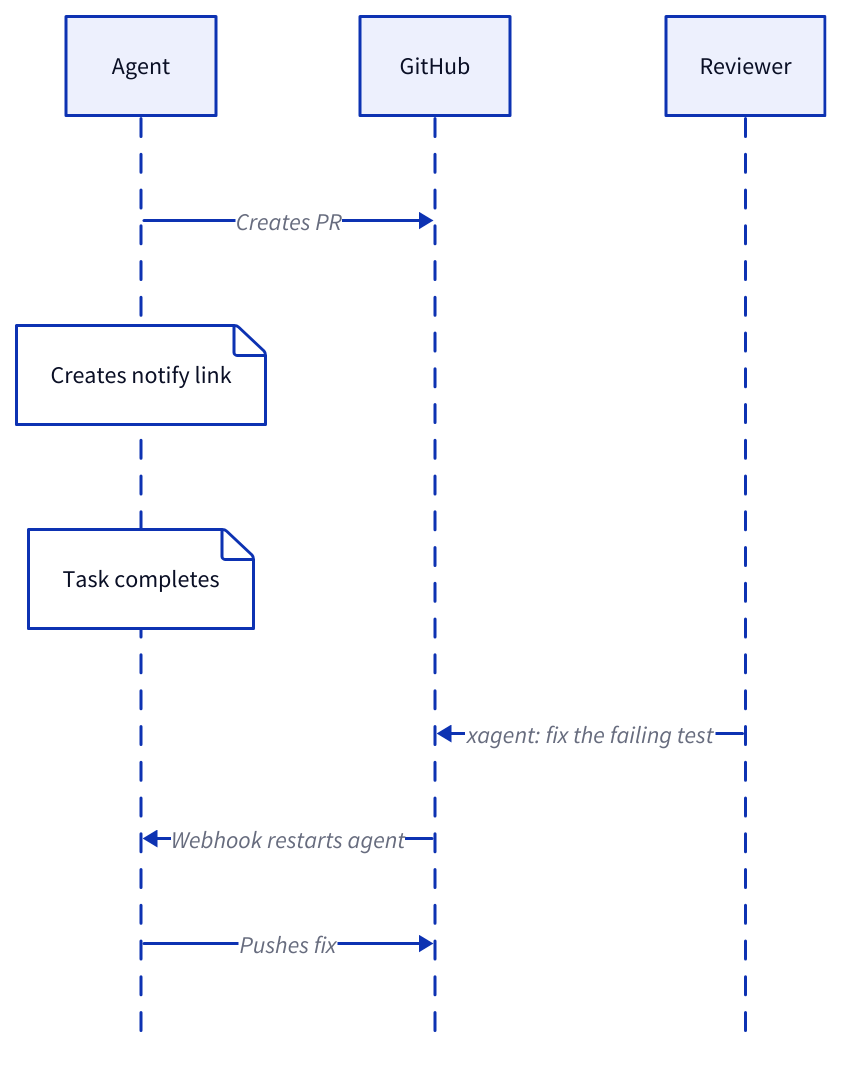
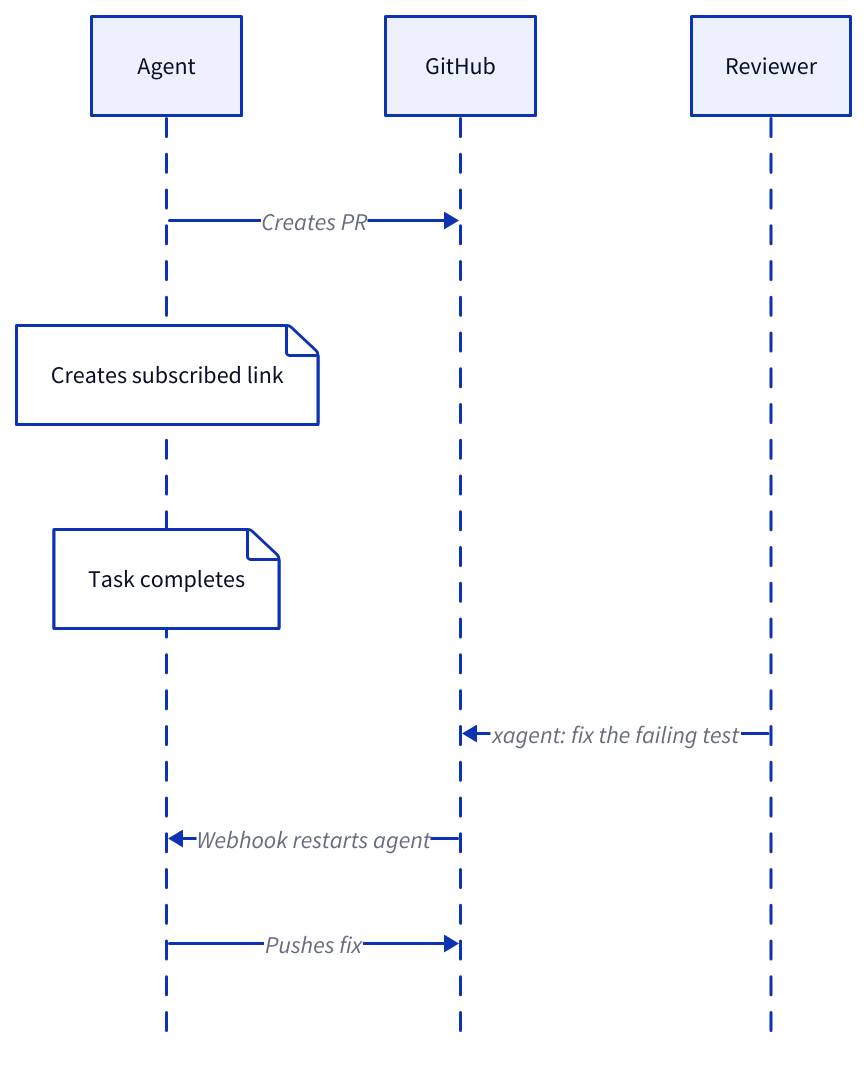
One commit to icholy/xagent changed the diagram in images/events.d2. Above: the diagram before and after it, drawn with D2. The commit also changed 25 other files, not shown here.

```diff
--- a/images/events.d2
+++ b/images/events.d2
@@ -1,12 +1,12 @@
 shape: sequence_diagram
 
 agent: Agent
 github: GitHub
 reviewer: Reviewer
 
 agent -> github: Creates PR
-agent."Creates notify link"
+agent."Creates subscribed link"
 agent."Task completes"
 reviewer -> github: "xagent: fix the failing test"
 github -> agent: Webhook restarts agent
 agent -> github: Pushes fix
```
